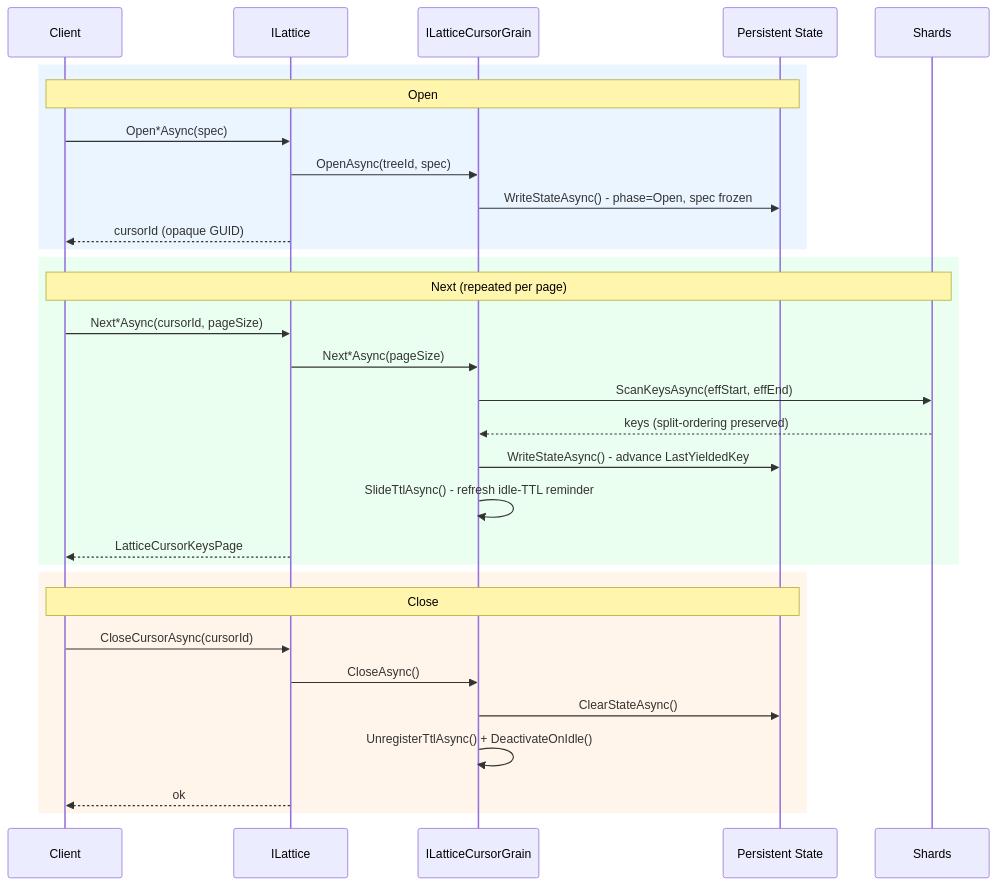
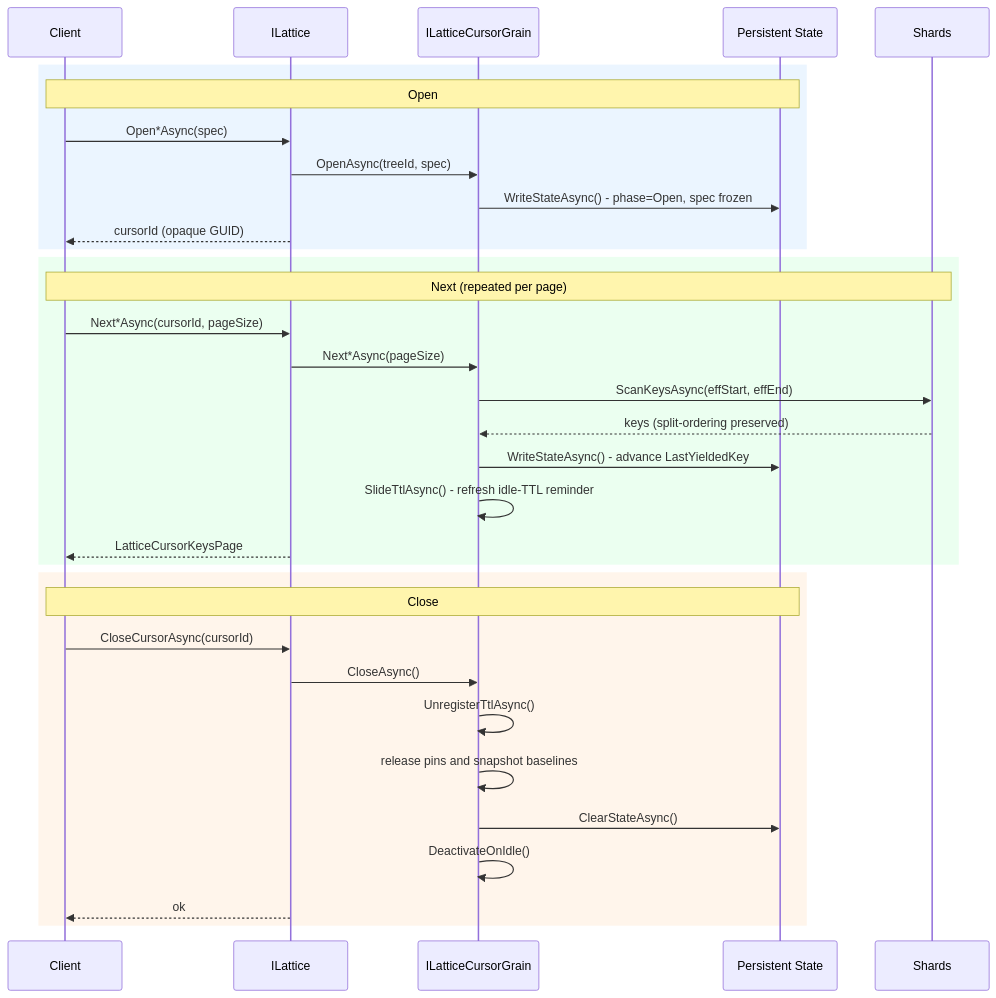
The first of 4 diagrams in docs/lattice/durable-cursors.md (NSTA1/Orleans.Lattice), drawn with Mermaid before and after one commit. The commit also changed other lines of this file and 514 other files, not shown here.

````diff
--- a/docs/lattice/durable-cursors.md
+++ b/docs/lattice/durable-cursors.md
@@ -39,36 +39,38 @@
 ```mermaid
 sequenceDiagram
     participant C as Client
     participant L as ILattice
     participant G as ILatticeCursorGrain
     participant P as Persistent State
     participant S as Shards
 
     rect rgb(235,245,255)
         Note over C,P: Open
         C->>L: Open*Async(spec)
         L->>G: OpenAsync(treeId, spec)
         G->>P: WriteStateAsync() - phase=Open, spec frozen
         L-->>C: cursorId (opaque GUID)
     end
 
     rect rgb(235,255,240)
         Note over C,S: Next (repeated per page)
         C->>L: Next*Async(cursorId, pageSize)
         L->>G: Next*Async(pageSize)
         G->>S: ScanKeysAsync(effStart, effEnd)
         S-->>G: keys (split-ordering preserved)
         G->>P: WriteStateAsync() - advance LastYieldedKey
         G->>G: SlideTtlAsync() - refresh idle-TTL reminder
         L-->>C: LatticeCursorKeysPage
     end
 
     rect rgb(255,245,235)
         Note over C,P: Close
         C->>L: CloseCursorAsync(cursorId)
         L->>G: CloseAsync()
+        G->>G: UnregisterTtlAsync()
+        G->>G: release pins and snapshot baselines
         G->>P: ClearStateAsync()
-        G->>G: UnregisterTtlAsync() + DeactivateOnIdle()
+        G->>G: DeactivateOnIdle()
         L-->>C: ok
     end
 ```
````
